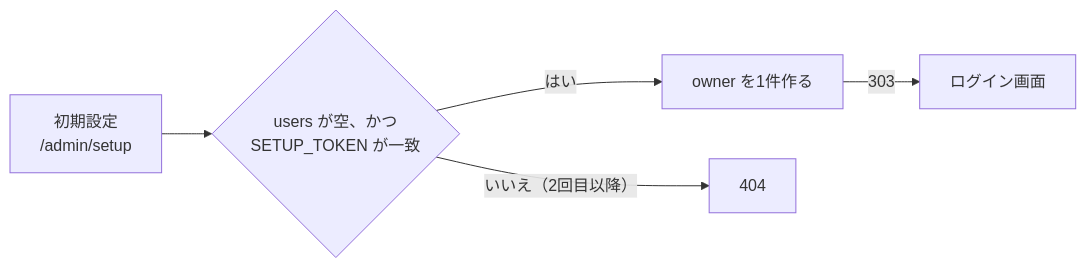
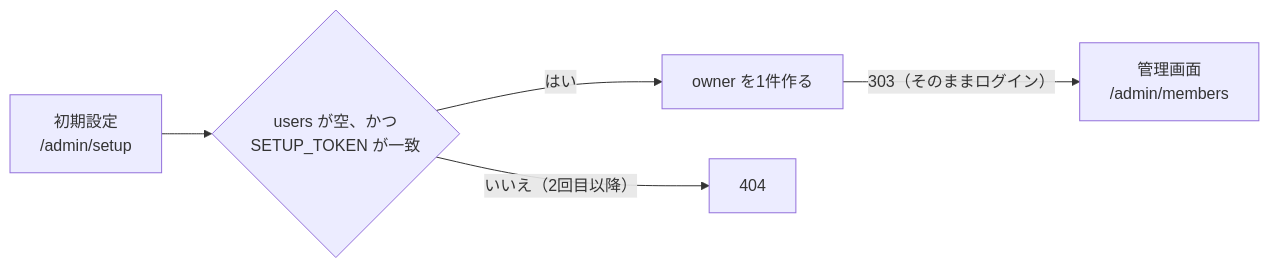
Before and after one commit to iam74k4/Web-AstLog: the fourth of 4 diagrams in docs/flow.md, drawn with Mermaid. The commit also changed other lines of this file and 11 other files, not shown here.

````diff
--- a/docs/flow.md
+++ b/docs/flow.md
@@ -191,13 +224,13 @@
 ```mermaid
 flowchart LR
     Setup["初期設定<br>/admin/setup"]
     Gate{"users が空、かつ<br>SETUP_TOKEN が一致"}
     Create["owner を1件作る"]
-    Login["ログイン画面"]
+    Admin["管理画面<br>/admin/members"]
     Gone["404"]
 
     Setup --> Gate
     Gate -->|"はい"| Create
-    Create -->|"303"| Login
+    Create -->|"303（そのままログイン）"| Admin
     Gate -->|"いいえ（2回目以降）"| Gone
 ```
````
